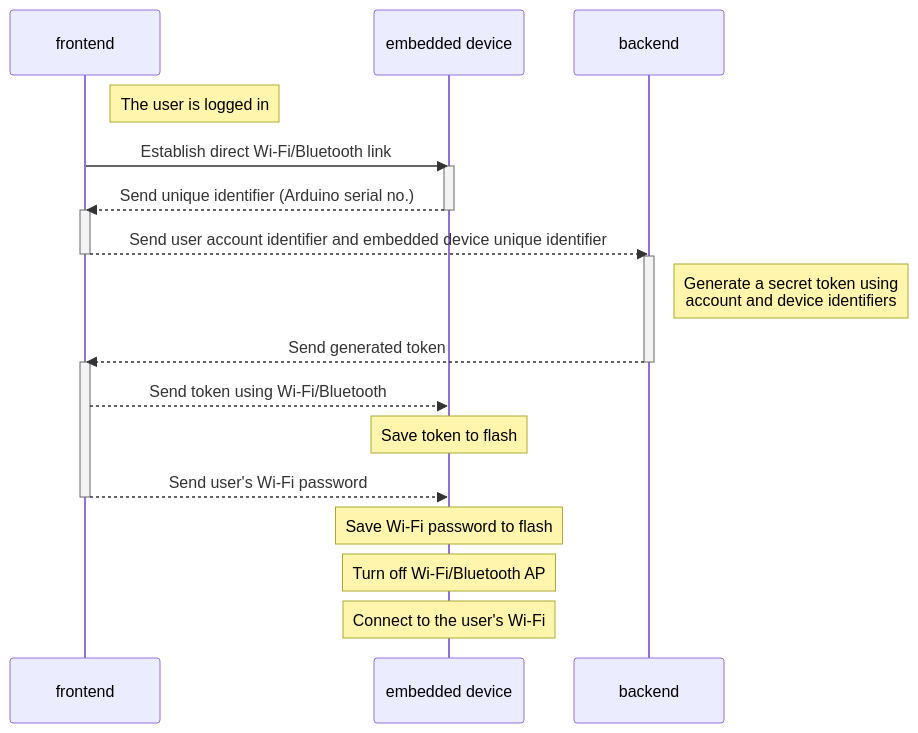
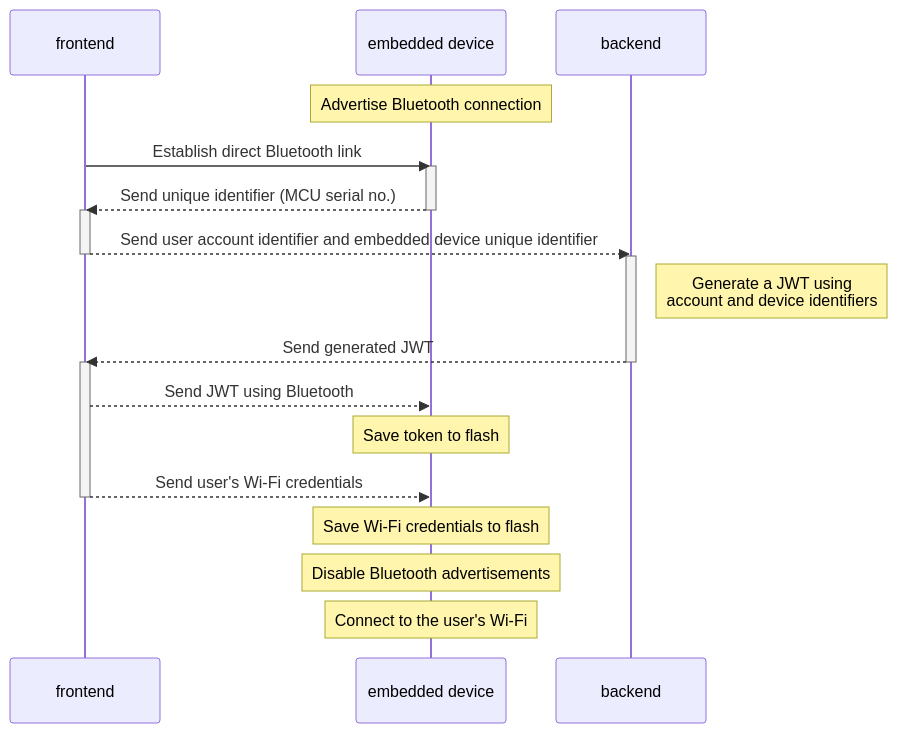
The diagram in documentation/embedded_device_registration.md (chmromano/metropolia-innovation-project), drawn with Mermaid before and after one commit. The commit also changed 2 other files, not shown here.

Commit message:
Update documentation and add ER diagram (#100)

````diff
--- a/documentation/embedded_device_registration.md
+++ b/documentation/embedded_device_registration.md
@@ -3,50 +3,48 @@
 ```mermaid
 
 sequenceDiagram
 participant frontend
 participant embedded device
 participant backend
 
-    Note right of frontend: The user is logged in
+    Note over embedded device: Advertise Bluetooth connection
 
-    frontend->>embedded device: Establish direct Wi-Fi/Bluetooth link
+    frontend->>embedded device: Establish direct Bluetooth link
 
     activate embedded device
 
-    embedded device-->>frontend: Send unique identifier (Arduino serial no.)
+    embedded device-->>frontend: Send unique identifier (MCU serial no.)
 
     deactivate embedded device
 
     activate frontend
 
     frontend-->>backend: Send user account identifier and embedded device unique identifier
 
     deactivate frontend
 
     activate backend
 
-    Note right of backend: Generate a secret token using<br>account and device identifiers
+    Note right of backend: Generate a JWT using<br>account and device identifiers
 
-    backend-->>frontend: Send generated token
+    backend-->>frontend: Send generated JWT
 
     deactivate backend
 
     activate frontend
 
-    frontend-->>embedded device: Send token using Wi-Fi/Bluetooth
+    frontend-->>embedded device: Send JWT using Bluetooth
 
     Note over embedded device: Save token to flash
 
-    frontend-->>embedded device: Send user's Wi-Fi password
+    frontend-->>embedded device: Send user's Wi-Fi credentials
 
     deactivate frontend
 
-    Note over embedded device: Save Wi-Fi password to flash
+    Note over embedded device: Save Wi-Fi credentials to flash
 
-    Note over embedded device: Turn off Wi-Fi/Bluetooth AP
+    Note over embedded device: Disable Bluetooth advertisements
 
     Note over embedded device: Connect to the user's Wi-Fi
 
-
-
 ```
````
